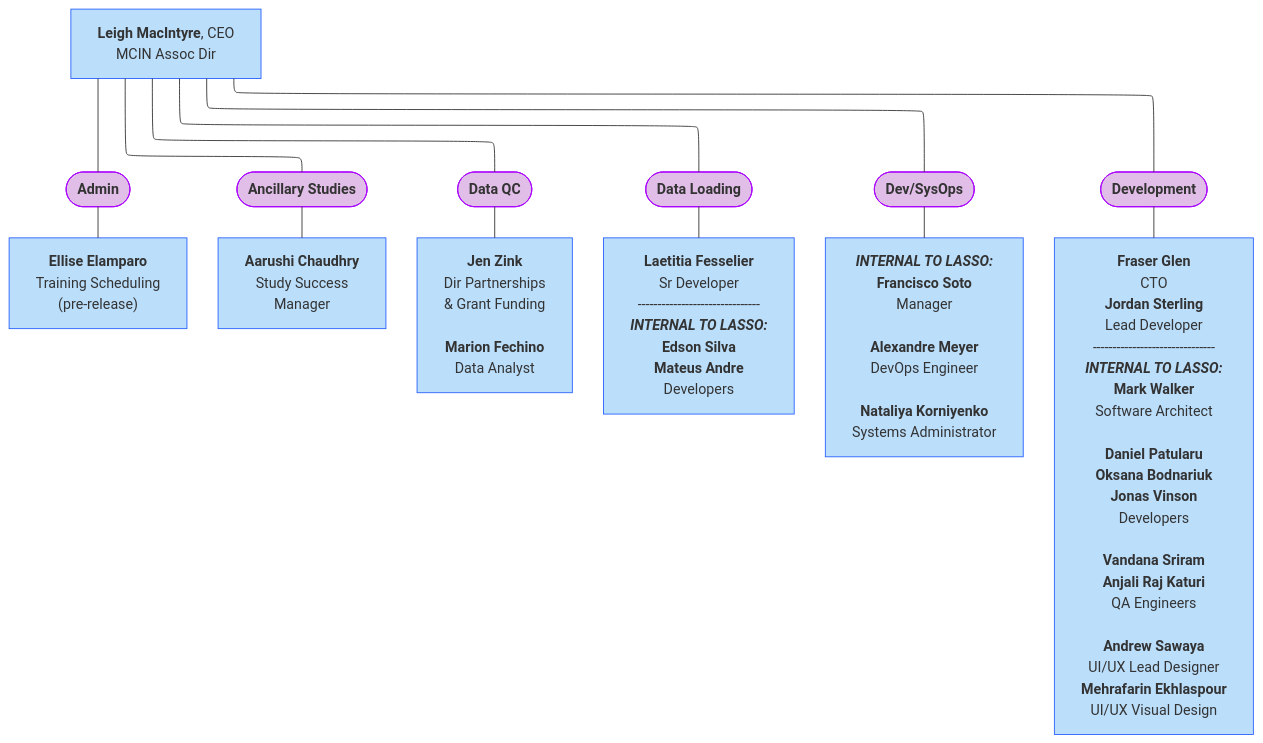
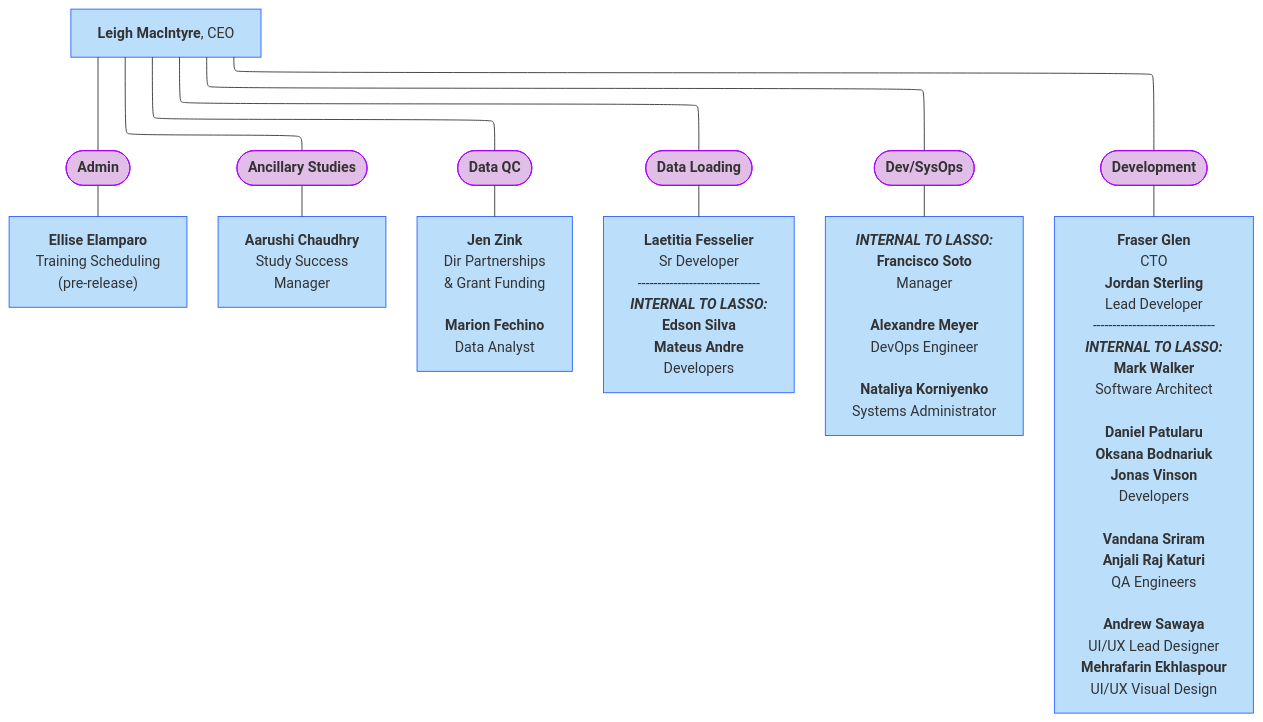
The fourth of 11 diagrams in docs/orgcharts.md (DCAN-Labs/hbcd-docs-internal), drawn with Mermaid before and after one commit. The commit also changed other lines of this file, not shown here.

````diff
--- a/docs/orgcharts.md
+++ b/docs/orgcharts.md
@@ -182,37 +182,37 @@
 ```mermaid
 ---
 config:
   layout: elk
 ---
 flowchart TB
     B(["<b>Admin</b>"]) --- n5["<b>Ellise Elamparo</b><br>Training Scheduling<br>(pre-release)"]
     n1(["<b>Ancillary Studies</b>"]) --- n6["<b>Aarushi Chaudhry<br></b>Study Success<br>Manager"]
     n2(["<b>Data QC</b>"]) --- n7["<b>Jen Zink<br></b>Dir Partnerships<br>&amp; Grant Funding<br><br><b>Marion Fechino</b><br>Data Analyst"]
     n4(["<b>Data Loading</b>"]) --- n9["<b>Laetitia Fesselier<br></b>Sr Developer
     -------------------------------
     <b><i>INTERNAL TO LASSO:</i>
     Edson Silva</b><br><b>Mateus Andre<br></b>Developers"]
     n23(["<b>Dev/SysOps</b>"]) --- n24["<b><i>INTERNAL TO LASSO:</i><br>Francisco Soto</b><br>Manager<br>
     <b>Alexandre Meyer</b><br>DevOps Engineer<br><br><b>Nataliya Korniyenko<br></b>Systems Administrator"]
     n22(["<b>Development</b>"]) --- n26["<b>Fraser Glen<br></b>CTO<br><b>Jordan Sterling<br></b>Lead Developer
     -------------------------------
     <b><i>INTERNAL TO LASSO:</i>
     Mark Walker</b><br>Software Architect<br>
     <b>Daniel Patularu</b><br><b>Oksana Bodnariuk<br>Jonas Vinson<br></b>Developers<br>
     <b>Vandana Sriram</b><br><b>Anjali Raj Katuri<br></b>QA Engineers<br>
     <b>Andrew Sawaya</b><br>UI/UX Lead Designer<br><b>Mehrafarin Ekhlaspour</b><br>UI/UX Visual Design"]
-    A["<b>Leigh MacIntyre</b>, CEO<br>MCIN Assoc Dir"] --- n22 & n23 & n2 & B & n4 & n1
+    A["<b>Leigh MacIntyre</b>, CEO"] --- n22 & n23 & n2 & B & n4 & n1
     style B fill:#E1BEE7,stroke:#AA00FF
     style n5 fill:#BBDEFB,stroke:#2962FF
     style n1 fill:#E1BEE7,stroke:#AA00FF
     style n6 fill:#BBDEFB,stroke:#2962FF
     style n2 fill:#E1BEE7,stroke:#AA00FF
     style n7 fill:#BBDEFB,stroke:#2962FF
     style n4 fill:#E1BEE7,stroke:#AA00FF
     style n9 fill:#BBDEFB,stroke:#2962FF
     style n23 fill:#E1BEE7,stroke:#AA00FF
     style n24 fill:#BBDEFB,stroke:#2962FF
     style n22 fill:#E1BEE7,stroke:#AA00FF
     style n26 fill:#BBDEFB,stroke:#2962FF
     style A fill:#BBDEFB,stroke:#2962FF
 ```
````
